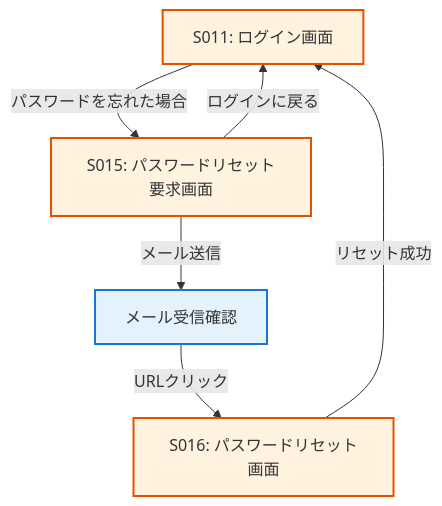
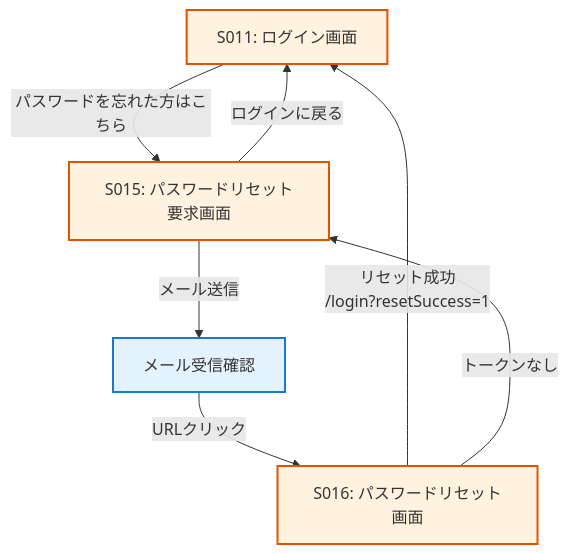
One commit to taichi0373/kumamoto-henno-map changed the sixth of 8 diagrams in docs/02_functions/screen_flow.md. Above: the diagram before and after it, drawn with Mermaid. The commit also changed other lines of this file and 26 other files, not shown here.

````diff
--- a/docs/02_functions/screen_flow.md
+++ b/docs/02_functions/screen_flow.md
@@ -92,13 +133,14 @@
 ```mermaid
 graph TD
-    Login[S011: ログイン画面] -- パスワードを忘れた場合 --> ForgotPw[S015: パスワードリセット要求画面]
+    Login[S011: ログイン画面] -- パスワードを忘れた方はこちら --> ForgotPw[S015: パスワードリセット要求画面]
     ForgotPw -- メール送信 --> MailSent[メール受信確認]
     MailSent -- URLクリック --> ResetPw[S016: パスワードリセット画面]
-    ResetPw -- リセット成功 --> Login
+    ResetPw -- リセット成功<br/>/login?resetSuccess=1 --> Login
+    ResetPw -- トークンなし --> ForgotPw
     ForgotPw -- ログインに戻る --> Login
 
     classDef authStyle fill:#fff3e0,stroke:#e65100,stroke-width:2px
     classDef externalStyle fill:#e3f2fd,stroke:#1976d2,stroke-width:2px
     class Login,ForgotPw,ResetPw authStyle
     class MailSent externalStyle
 ```
````
